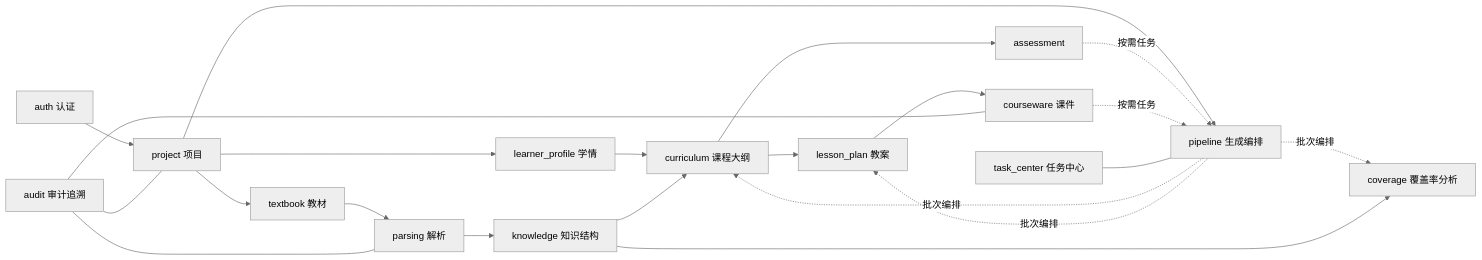
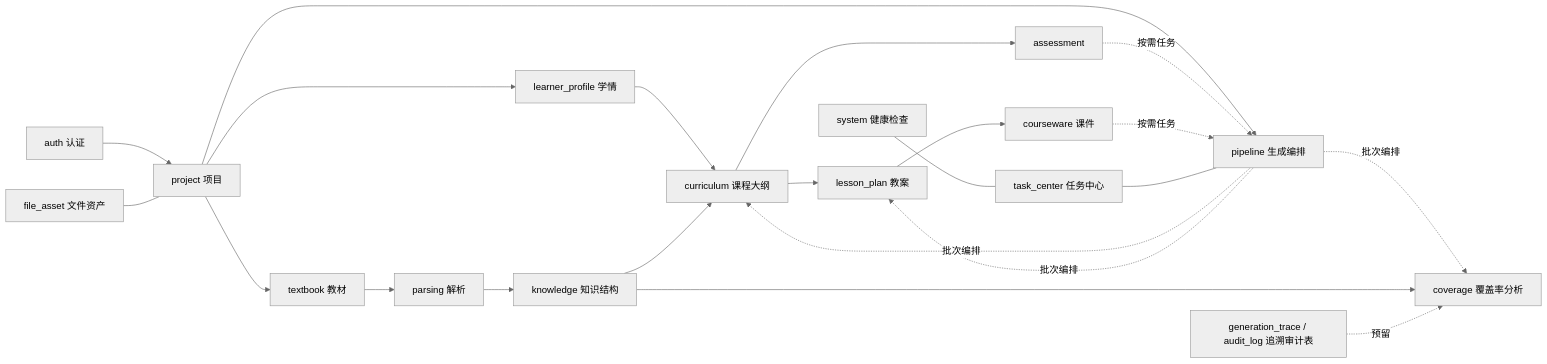
Before and after one commit to rgzn7/EduWeave: the diagram in docs/后端模块详细设计说明书.md, drawn with Mermaid (neutral theme). The commit also changed other lines of this file and 6 other files, not shown here.

````diff
--- a/docs/后端模块详细设计说明书.md
+++ b/docs/后端模块详细设计说明书.md
@@ -53,24 +54,24 @@
 ```mermaid
 flowchart LR
     auth["auth 认证"] --> project["project 项目"]
     project["project 项目"] --> textbook["textbook 教材"]
     project --> learner["learner_profile 学情"]
     project --> pipeline["pipeline 生成编排"]
     textbook --> parsing["parsing 解析"]
     parsing --> knowledge["knowledge 知识结构"]
     learner --> curriculum["curriculum 课程大纲"]
     knowledge --> curriculum
     curriculum --> lesson["lesson_plan 教案"]
     curriculum --> assessment
     lesson --> courseware["courseware 课件"]
     pipeline -.批次编排.-> curriculum
     pipeline -.批次编排.-> lesson
     pipeline -.批次编排.-> coverage["coverage 覆盖率分析"]
     assessment -.按需任务.-> pipeline
     courseware -.按需任务.-> pipeline
     knowledge --> coverage
     task["task_center 任务中心"] --- pipeline
-    audit["audit 审计追溯"] --- project
-    audit --- parsing
-    audit --- courseware
+    file_asset["file_asset 文件资产"] --- project
+    system["system 健康检查"] --- task
+    trace["generation_trace / audit_log 追溯审计表"] -.预留.-> coverage
 ```
````
